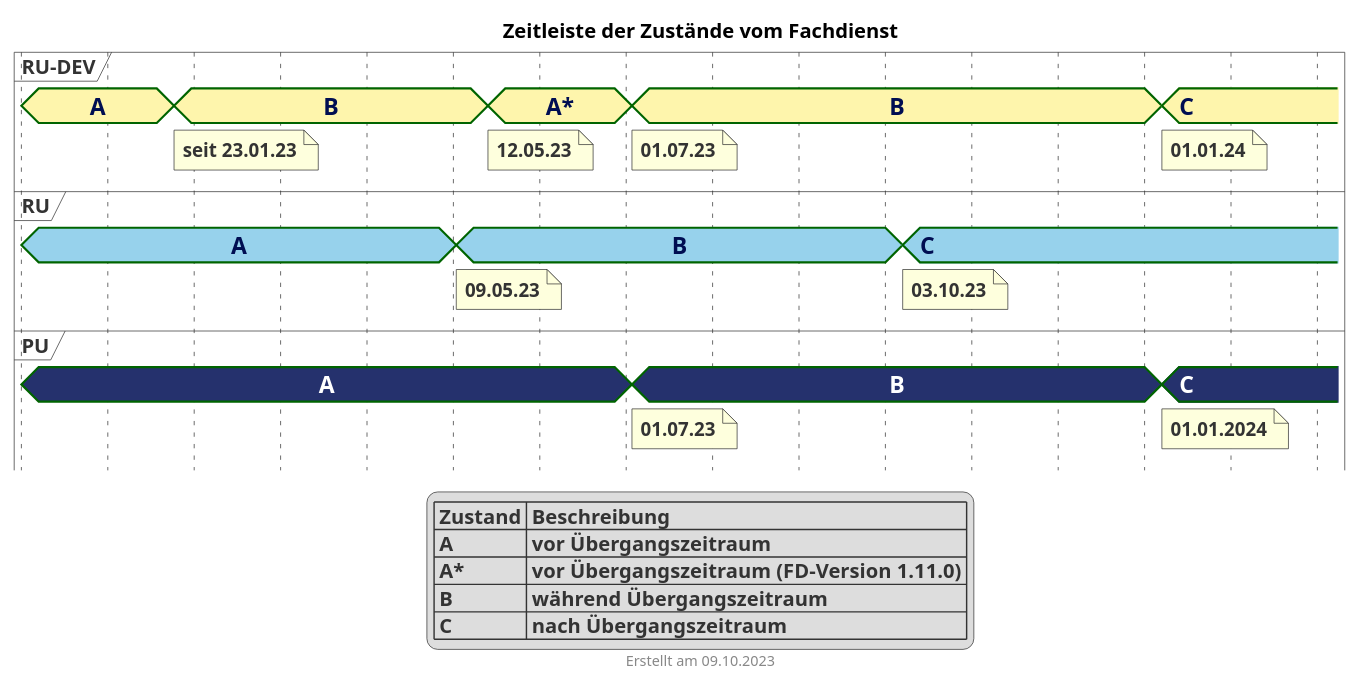
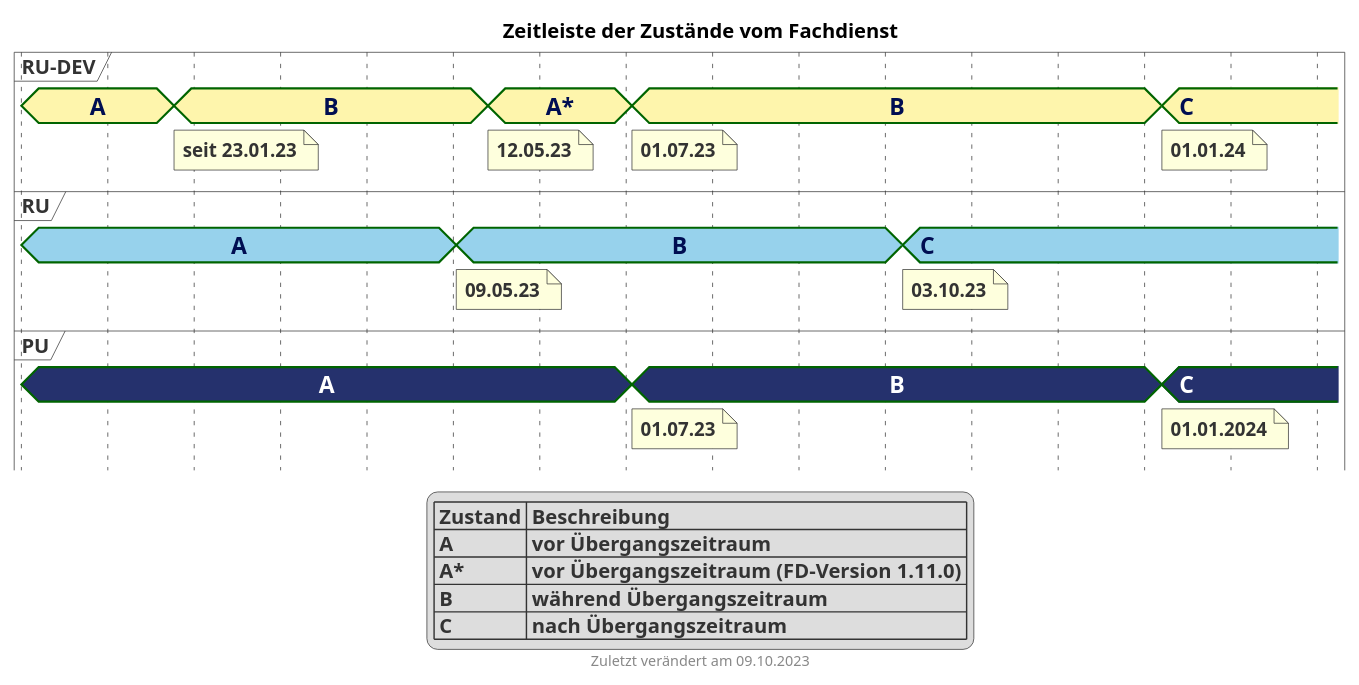
Before and after one commit to gematik/api-erp: the diagram in puml/fd_zustaende_timeline.puml, drawn with PlantUML. The commit also changed 1 other file, not shown here.

Commit message:
Updated timeline description

```diff
--- a/puml/fd_zustaende_timeline.puml
+++ b/puml/fd_zustaende_timeline.puml
@@ -1,85 +1,85 @@
 @startuml fhir_version_timeline
 <style>
 root {
     Margin 0 0 0 30
 }
 
 timingDiagram {
   .rudevcolor {
     FontColor #000e52
     Fontsize 16
     FontStyle bold
     Backgroundcolor #FEF5AC
   }
   .rucolor {
     FontColor #000e52
     Fontsize 16
     FontStyle bold
     Backgroundcolor #97D2EC
   }
   .pucolor {
     FontColor #ffffff
     Fontsize 16
     FontStyle bold
     BackgroundColor #25316D
   }
 }
 </style>
 title Zeitleiste der Zustände vom Fachdienst
-footer Erstellt am 09.10.2023
+footer Zuletzt verändert am 09.10.2023
 
 concise "RU-DEV" as RUDEV <<rudevcolor>>
 concise "RU" as RU <<rucolor>>
 concise "PU" as PU <<pucolor>>
 
 
 '30 days is scaled to 50 pixels
 scale 2592000 as 60 pixels
 hide time-axis
 'manual time-axis
 'use date format "dd.MM.yyyy"
 
 @2022/12/01
 RUDEV is "A"
 RU is "A"
 PU is "A"
 
 @2023/01/23
 RUDEV is "B"
 note bottom of RUDEV : seit 23.01.23
 
 @2023/05/01
 RU is "B"
 note bottom of RU : 09.05.23
 
 @2023/05/12
 RUDEV is "A*"
 note bottom of RUDEV : 12.05.23
 
 @2023/07/01
 PU is "B"
 note bottom of PU : 01.07.23
 RUDEV is "B"
 note bottom of RUDEV : 01.07.23
 
 @2023/10/03
 RU is "C"
 note bottom of RU : 03.10.23
 
 
 @2024/01/01
 PU is "C"
 note bottom of PU : 01.01.2024
 RUDEV is "C"
 note bottom of RUDEV : 01.01.24
 
 @2024/02/01
 
 legend
   | Zustand | Beschreibung |
   | A | vor Übergangszeitraum |
   | A* | vor Übergangszeitraum (FD-Version 1.11.0) |
   | B | während Übergangszeitraum |
   | C | nach Übergangszeitraum |
 endlegend
 @enduml
```
